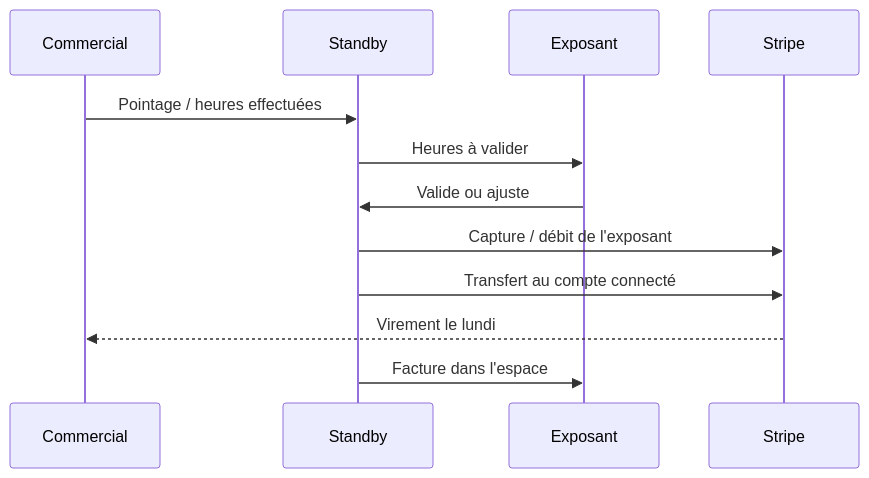
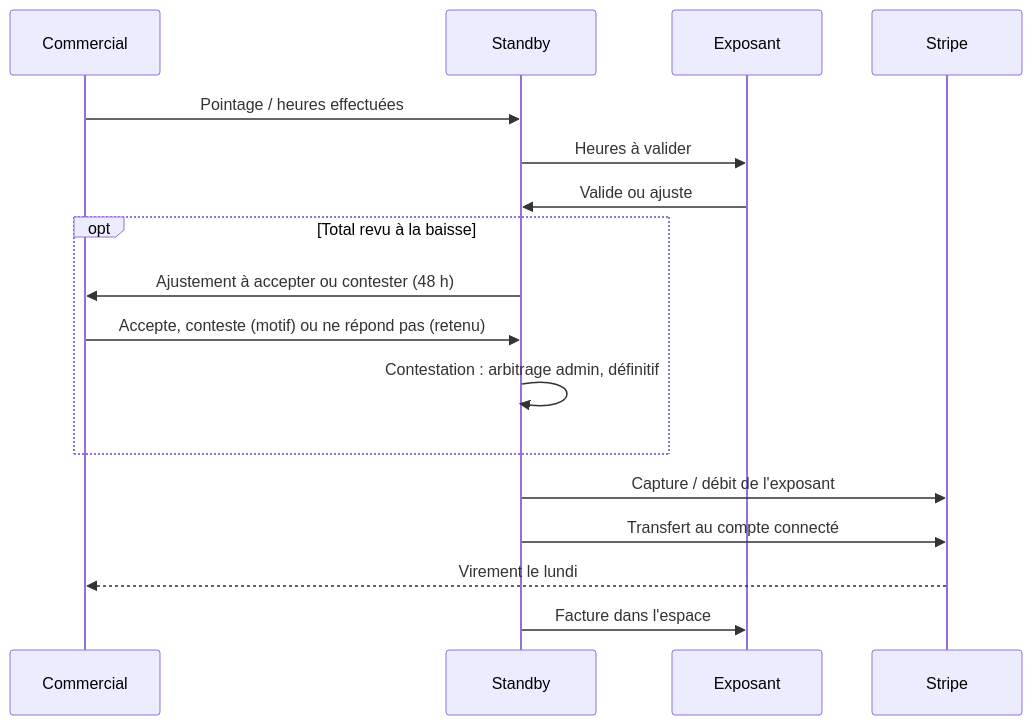
Before and after one commit to Sam-Support/Standby: the sixth of 6 diagrams in docs/02-FLUX.md, drawn with Mermaid. The commit also changed other lines of this file and 45 other files, not shown here.

````diff
--- a/docs/02-FLUX.md
+++ b/docs/02-FLUX.md
@@ -111,14 +112,19 @@
 ```mermaid
 sequenceDiagram
   participant C as Commercial
   participant S as Standby
   participant E as Exposant
   participant ST as Stripe
   C->>S: Pointage / heures effectuées
   S->>E: Heures à valider
   E->>S: Valide ou ajuste
+  opt Total revu à la baisse
+    S->>C: Ajustement à accepter ou contester (48 h)
+    C->>S: Accepte, conteste (motif) ou ne répond pas (retenu)
+    S->>S: Contestation : arbitrage admin, définitif
+  end
   S->>ST: Capture / débit de l'exposant
   S->>ST: Transfert au compte connecté
   ST-->>C: Virement le lundi
   S->>E: Facture dans l'espace
 ```
````
